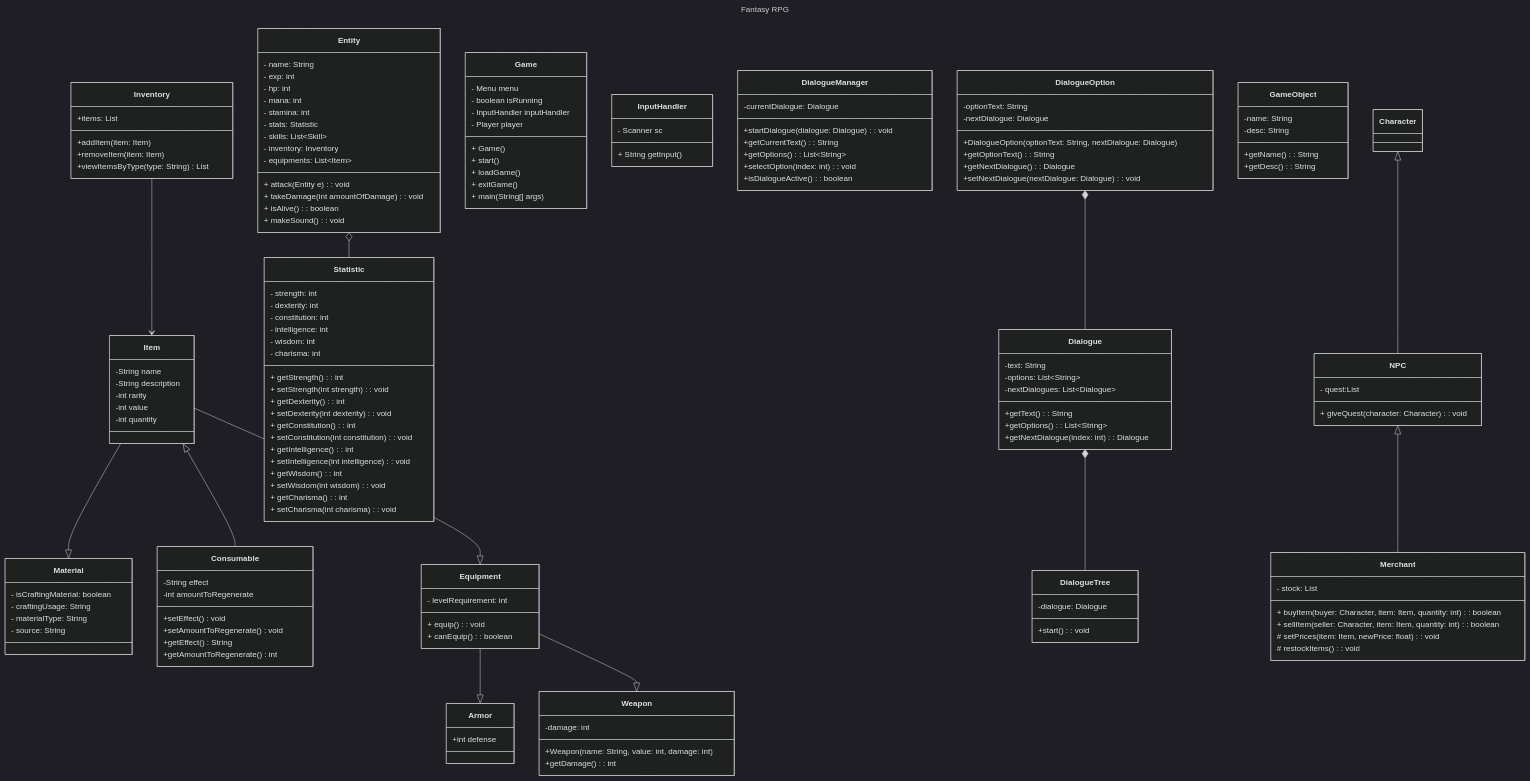
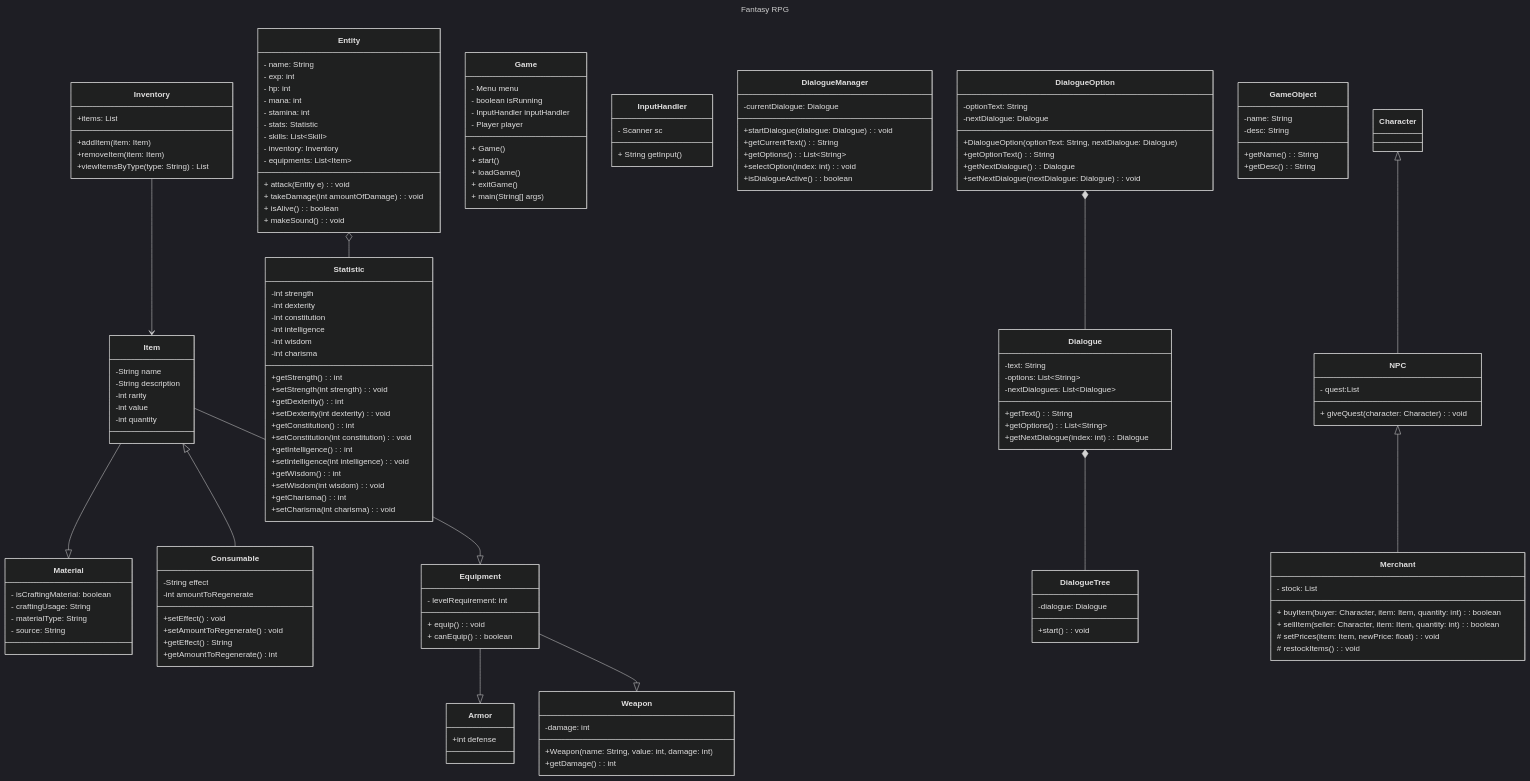
One commit to pacalso-jjc/2425-2nd-cc3-1b-rpg changed the diagram in wiki/Class-Diagram.md. Above: the diagram before and after it, drawn with Mermaid (dark theme).

Commit message:
Updated Statistic class diagram to have getters and setters. It's relationship with Entity turns to aggregation.

```diff
--- a/wiki/Class-Diagram.md
+++ b/wiki/Class-Diagram.md
@@ -37,25 +37,25 @@
     }
     
     Entity o-- Statistic
-    class Statistic {
-        - strength: int
-        - dexterity: int
-        - constitution: int
-        - intelligence: int
-        - wisdom: int
-        - charisma: int
-        + getStrength(): int
-        + setStrength(int strength): void
-        + getDexterity(): int
-        + setDexterity(int dexterity): void
-        + getConstitution(): int
-        + setConstitution(int constitution): void
-        + getIntelligence(): int
-        + setIntelligence(int intelligence): void
-        + getWisdom(): int
-        + setWisdom(int wisdom): void
-        + getCharisma(): int
-        + setCharisma(int charisma): void
+    class Statistic{
+ 	    -int strength
+	    -int dexterity
+	    -int constitution
+	    -int intelligence
+	    -int wisdom
+	    -int charisma
+        +getStrength(): int
+        +setStrength(int strength): void
+        +getDexterity(): int
+        +setDexterity(int dexterity): void
+        +getConstitution(): int
+        +setConstitution(int constitution): void
+        +getIntelligence(): int
+        +setIntelligence(int intelligence): void
+        +getWisdom(): int
+        +setWisdom(int wisdom): void
+        +getCharisma(): int
+        +setCharisma(int charisma): void
   }
 
     Item <|-- Consumable
```
